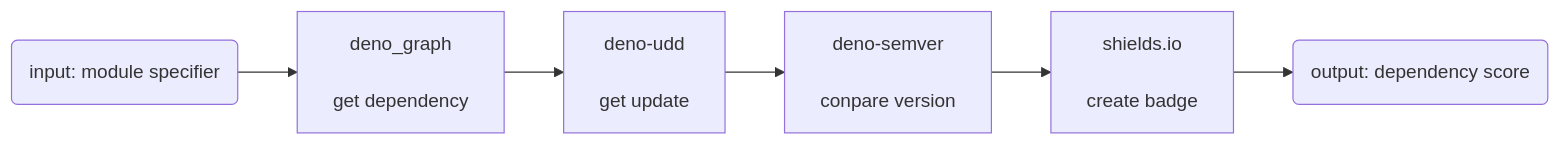
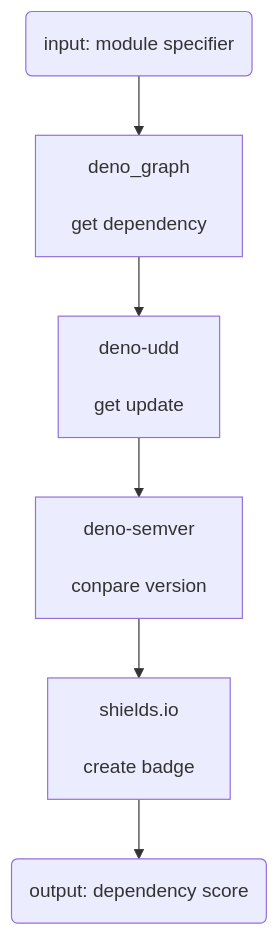
The diagram in README.md (ayame113/dependency-score), drawn with Mermaid before and after one commit.

````diff
--- a/README.md
+++ b/README.md
@@ -19,4 +19,4 @@
 ```mermaid
-graph LR;
+graph TD;
     A(input: module specifier)-->B[deno_graph<br><br>get dependency]-->C[deno-udd<br><br>get update]-->D[deno-semver<br><br>conpare version]-->E[shields.io<br><br>create badge]-->F(output: dependency score);
 ```
````
